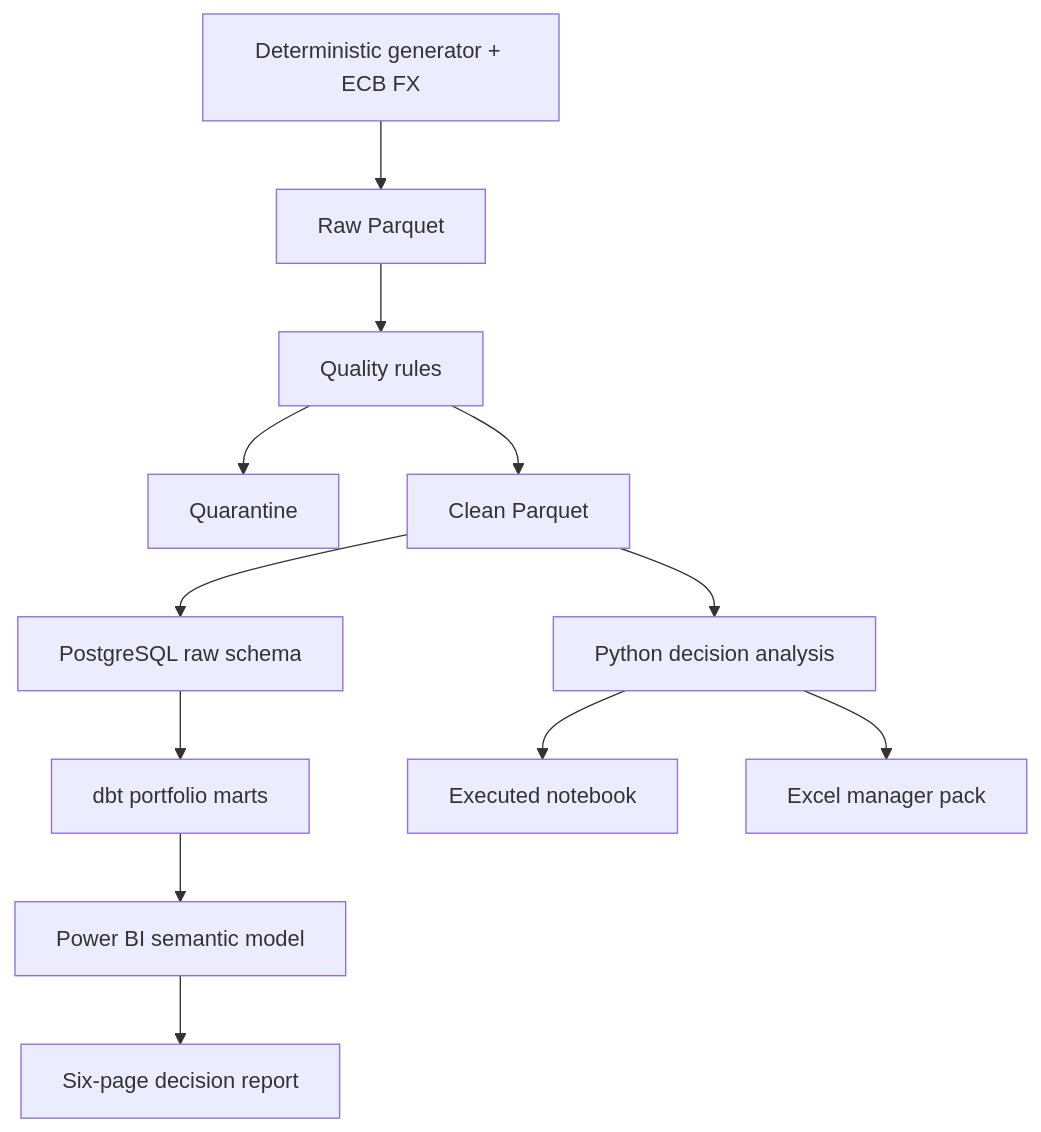
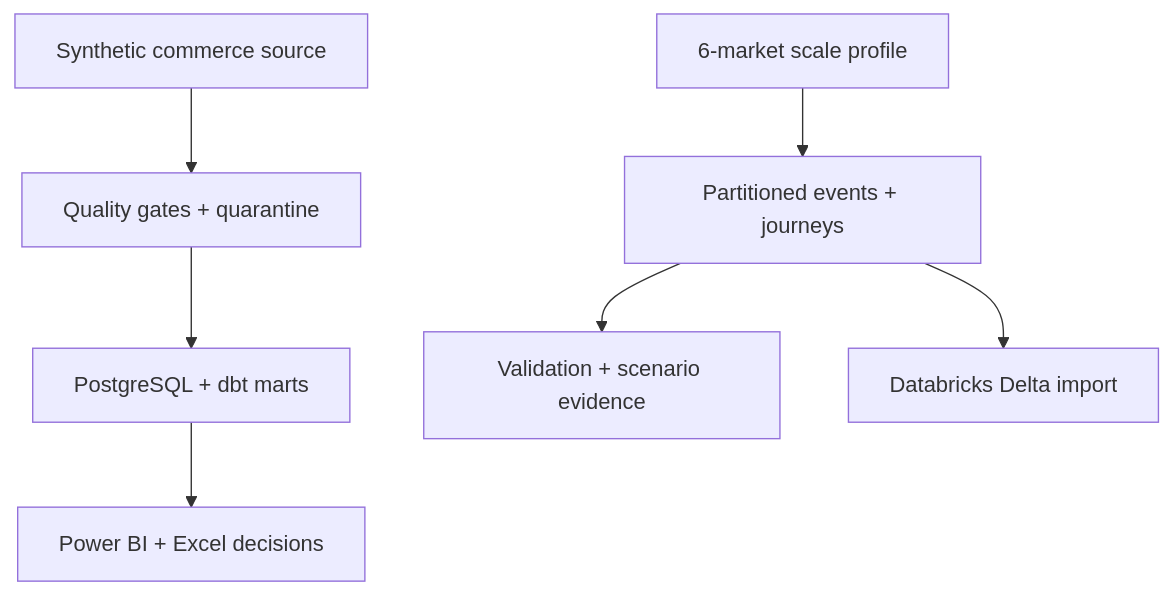
One commit to reginoldraj7777-code/commercepulse-europe-analytics changed the diagram in README.md. Above: the diagram before and after it, drawn with Mermaid. The commit also changed other lines of this file and 15 other files, not shown here.

First line of the commit message:
Complete CommercePulse evidence, validation, and recruiter documentation

````diff
--- a/README.md
+++ b/README.md
@@ -27,14 +40,9 @@
 ```mermaid
 flowchart TD
-    A["Deterministic generator + ECB FX"] --> B["Raw Parquet"]
-    B --> C["Quality rules"]
-    C --> D["Quarantine"]
-    C --> E["Clean Parquet"]
-    E --> F["PostgreSQL raw schema"]
-    F --> G["dbt portfolio marts"]
-    E --> H["Python decision analysis"]
-    G --> I["Power BI semantic model"]
-    H --> J["Executed notebook"]
-    H --> K["Excel manager pack"]
-    I --> L["Six-page decision report"]
+    A["Synthetic commerce source"] --> B["Quality gates + quarantine"]
+    B --> C["PostgreSQL + dbt marts"]
+    C --> D["Power BI + Excel decisions"]
+    E["6-market scale profile"] --> F["Partitioned events + journeys"]
+    F --> G["Validation + scenario evidence"]
+    F --> H["Databricks Delta import"]
 ```
````
